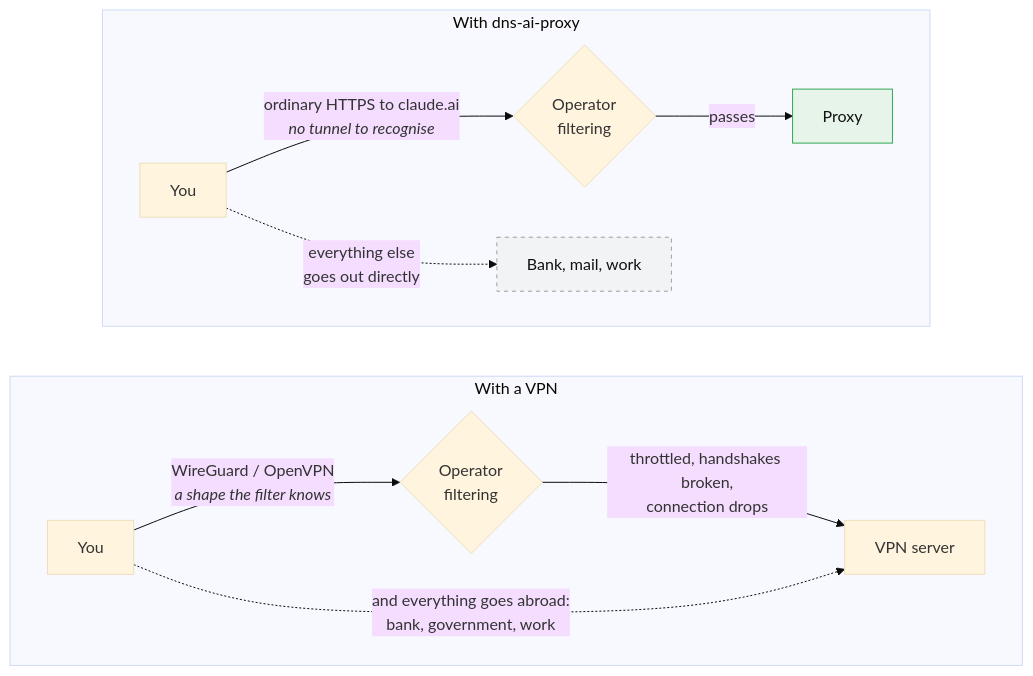
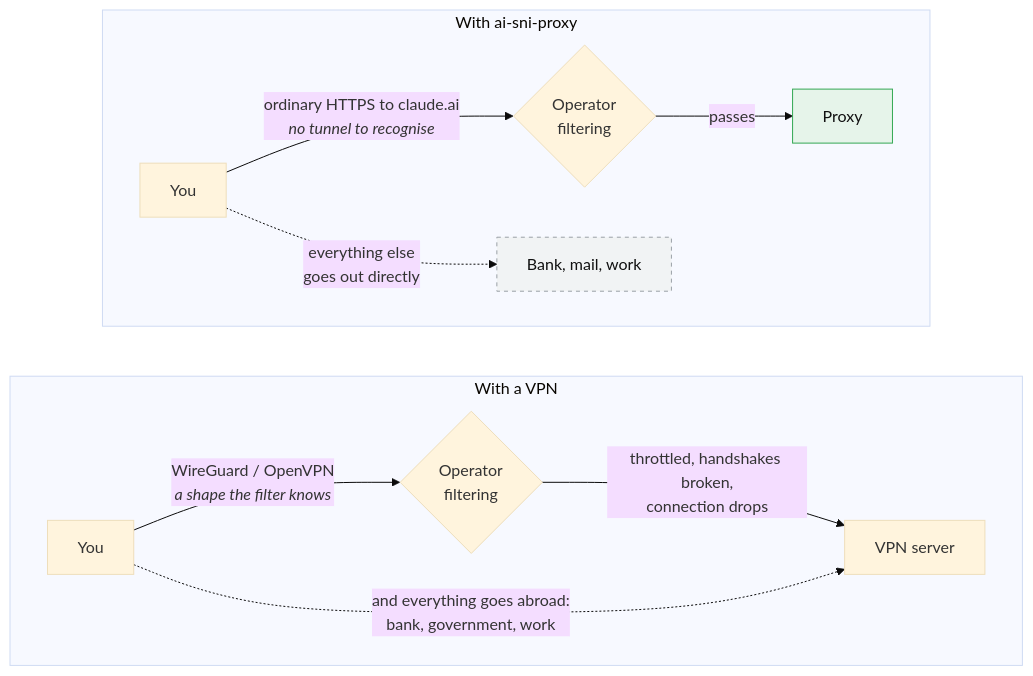
The second of 4 diagrams in README.en.md (SteepMans/ai-sni-proxy), drawn with Mermaid (base theme) before and after one commit. The commit also changed other lines of this file and 16 other files, not shown here.

Commit message:
Rename the project to ai-sni-proxy: it routes by SNI and runs no DNS server

````diff
--- a/README.en.md
+++ b/README.en.md
@@ -52,19 +57,19 @@
 ```mermaid
 flowchart LR
     subgraph V["With a VPN"]
         direction LR
         U1["You"] -->|"WireGuard / OpenVPN<br/><i>a shape the filter knows</i>"| T1{"Operator<br/>filtering"}
         T1 -->|"throttled, handshakes broken,<br/>connection drops"| S1["VPN server"]
         U1 -.->|"and everything goes abroad:<br/>bank, government, work"| S1
     end
 
-    subgraph D["With dns-ai-proxy"]
+    subgraph D["With ai-sni-proxy"]
         direction LR
         U2["You"] -->|"ordinary HTTPS to claude.ai<br/><i>no tunnel to recognise</i>"| T2{"Operator<br/>filtering"}
         T2 -->|"passes"| S2["Proxy"]
         U2 -.->|"everything else<br/>goes out directly"| O2["Bank, mail, work"]
     end
 
     style S2 fill:#e6f4ea,stroke:#34a853,color:#111
     style O2 fill:#f1f3f4,stroke:#9aa0a6,color:#111,stroke-dasharray: 4 4
 ```
````
